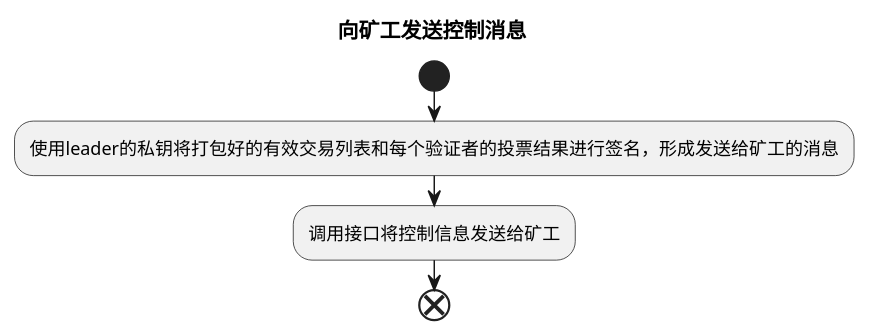
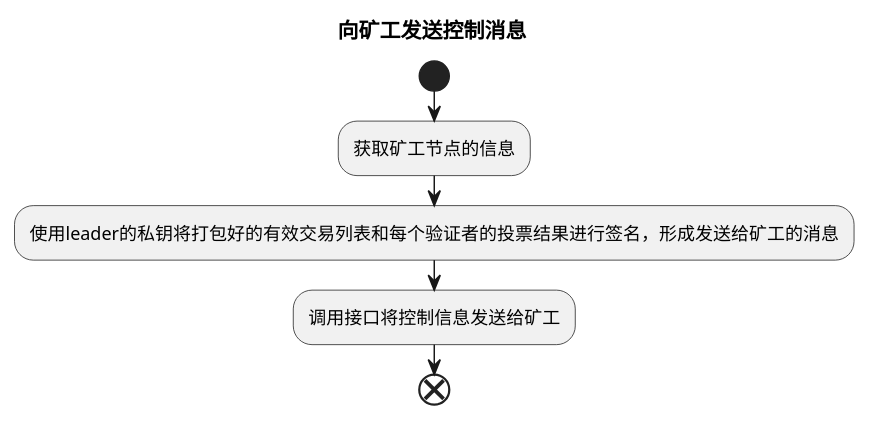
The diagram in doc/sendTxToMiner.wsd (alvinleee/matrix-work), drawn with PlantUML before and after one commit. The commit also changed 13 other files, not shown here.

```diff
--- a/doc/sendTxToMiner.wsd
+++ b/doc/sendTxToMiner.wsd
@@ -1,7 +1,8 @@
 @startuml
 title 向矿工发送控制消息
 start
+:获取矿工节点的信息;
 :使用leader的私钥将打包好的有效交易列表和每个验证者的投票结果进行签名，形成发送给矿工的消息;
 :调用接口将控制信息发送给矿工;
 end
 @enduml
```
